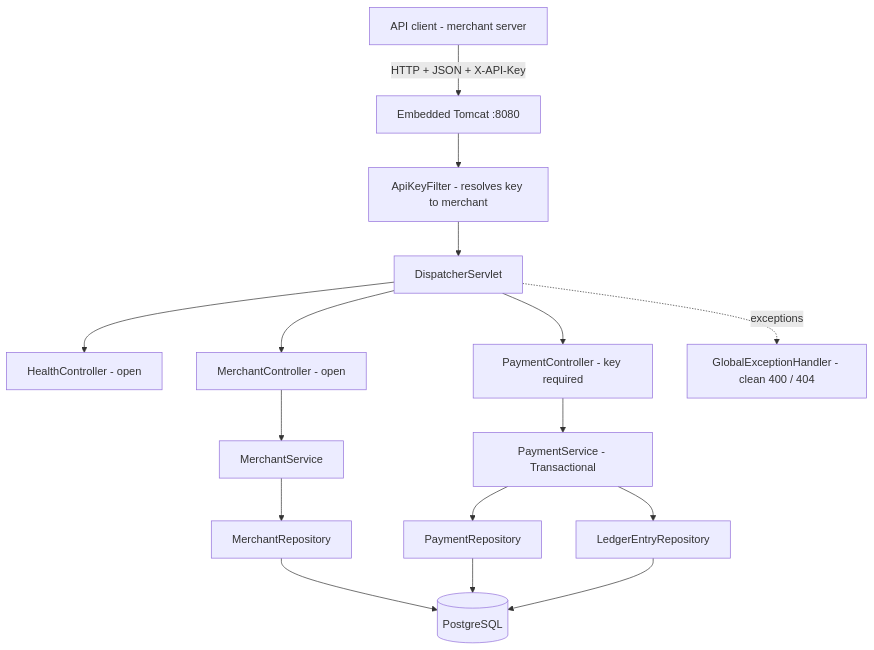
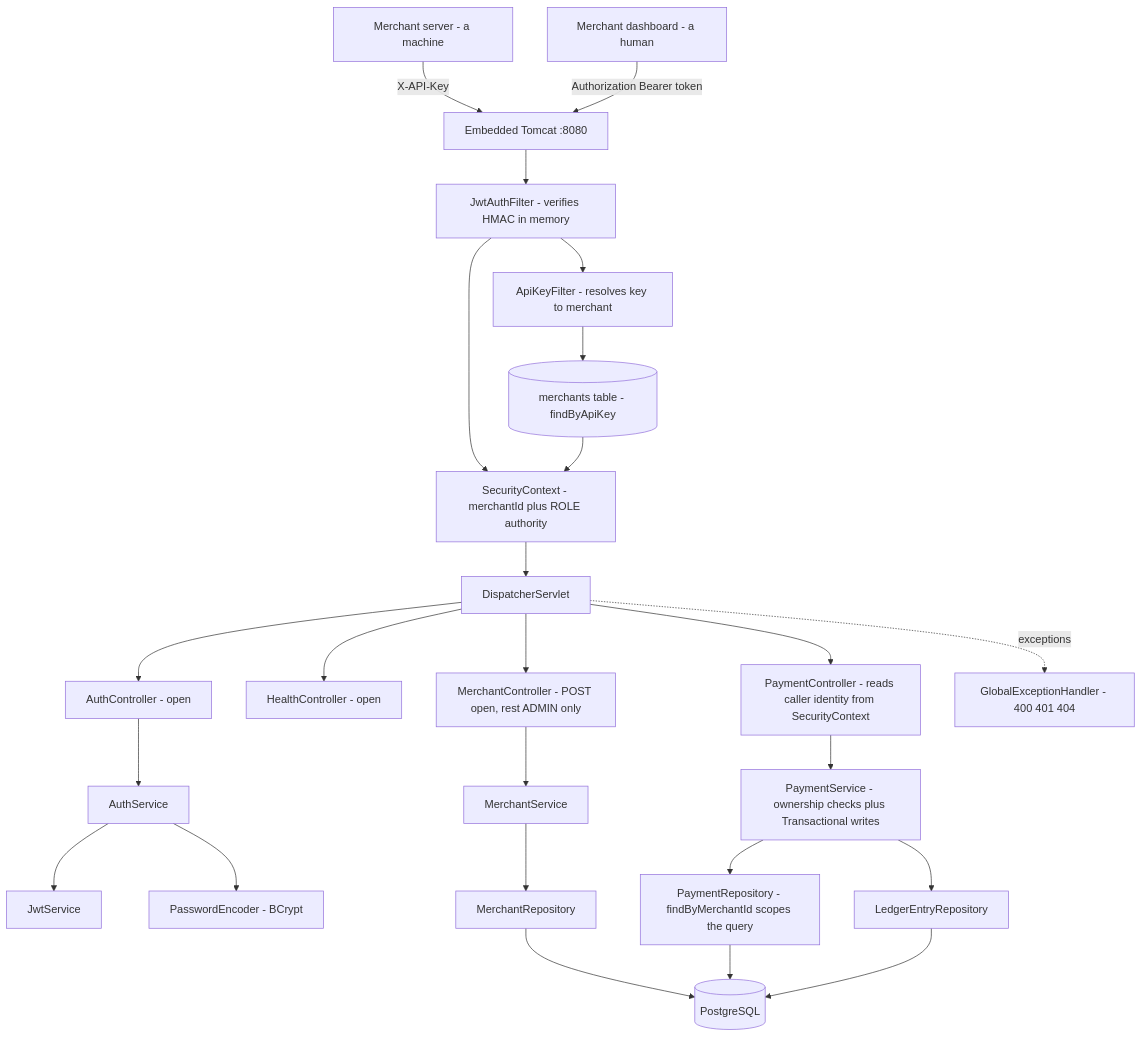
One commit to ARV0007/transakt changed the diagram in docs/architecture.md. Above: the diagram before and after it, drawn with Mermaid. The commit also changed other lines of this file and 2 other files, not shown here.

````diff
--- a/docs/architecture.md
+++ b/docs/architecture.md
@@ -5,19 +5,29 @@
 ```mermaid
 flowchart TD
-  client[API client - merchant server]
-  client -->|HTTP + JSON + X-API-Key| tomcat[Embedded Tomcat :8080]
-  tomcat --> filter[ApiKeyFilter - resolves key to merchant]
-  filter --> dispatcher[DispatcherServlet]
+  server[Merchant server - a machine]
+  human[Merchant dashboard - a human]
+  server -->|X-API-Key| tomcat[Embedded Tomcat :8080]
+  human -->|Authorization Bearer token| tomcat
+  tomcat --> jaf[JwtAuthFilter - verifies HMAC in memory]
+  jaf --> akf[ApiKeyFilter - resolves key to merchant]
+  akf --> lookup[(merchants table - findByApiKey)]
+  jaf --> ctx[SecurityContext - merchantId plus ROLE authority]
+  lookup --> ctx
+  ctx --> dispatcher[DispatcherServlet]
+  dispatcher --> ac[AuthController - open]
   dispatcher --> health[HealthController - open]
-  dispatcher --> mc[MerchantController - open]
-  dispatcher --> pc[PaymentController - key required]
-  dispatcher -.->|exceptions| geh[GlobalExceptionHandler - clean 400 / 404]
+  dispatcher --> mc[MerchantController - POST open, rest ADMIN only]
+  dispatcher --> pc[PaymentController - reads caller identity from SecurityContext]
+  dispatcher -.->|exceptions| geh[GlobalExceptionHandler - 400 401 404]
+  ac --> as[AuthService]
+  as --> js[JwtService]
+  as --> pe[PasswordEncoder - BCrypt]
   mc --> ms[MerchantService]
-  pc --> ps[PaymentService - Transactional]
+  pc --> ps[PaymentService - ownership checks plus Transactional writes]
   ms --> mr[MerchantRepository]
-  ps --> pr[PaymentRepository]
+  ps --> pr[PaymentRepository - findByMerchantId scopes the query]
   ps --> lr[LedgerEntryRepository]
   mr --> db[(PostgreSQL)]
   pr --> db
   lr --> db
 ```
````
